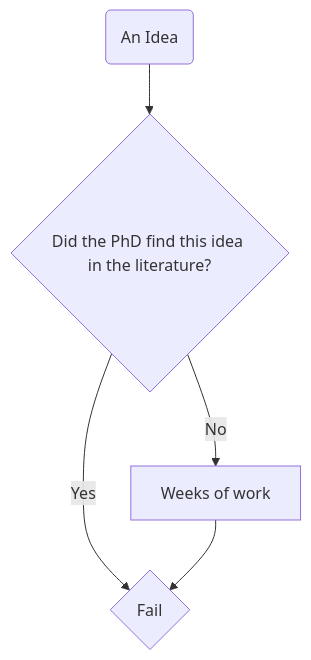
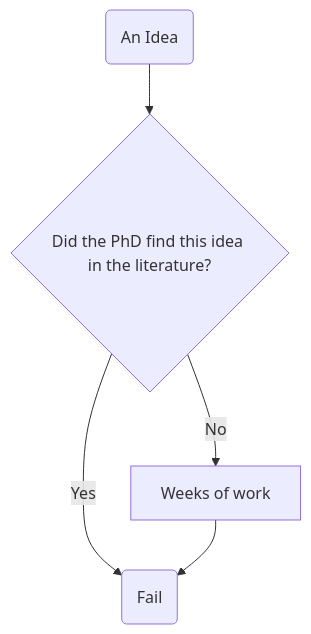
The diagram in _posts/misc/2016-11-14-phd-idea.md (emptymalei/emptymalei.github.io), drawn with Mermaid before and after one commit.

```diff
--- a/_posts/misc/2016-11-14-phd-idea.md
+++ b/_posts/misc/2016-11-14-phd-idea.md
@@ -17,7 +17,7 @@
 <div class="mermaid">
 graph TD;
     s1(An Idea)-->d1{Did the PhD find this idea in the literature?};
-	d1{Did the PhD find this idea in the literature?}-->|Yes|b1{Fail};
+	d1{Did the PhD find this idea in the literature?}-->|Yes|b1(Fail);
 	d1{Did the PhD find this idea in the literature?}-->|No|b2[Weeks of work];
-	b2[Weeks of work]-->b1{Fail};
+	b2[Weeks of work]-->b1(Fail);
 </div>
```
